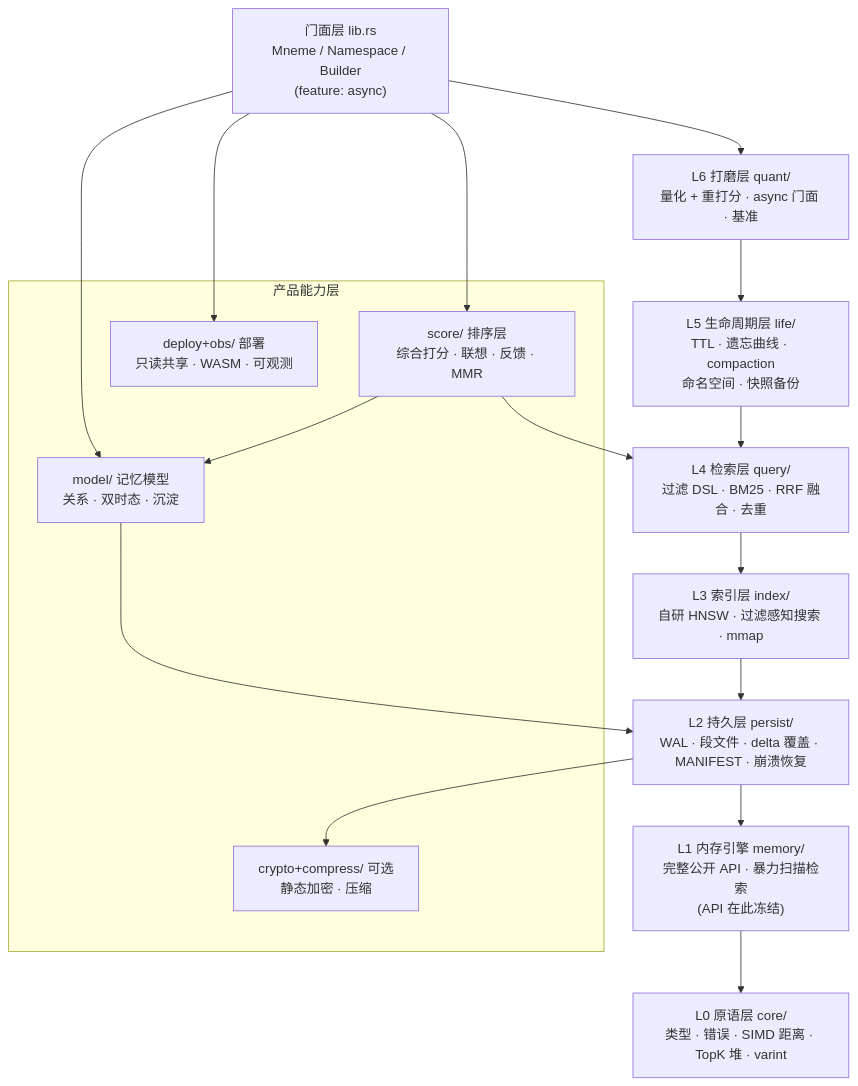
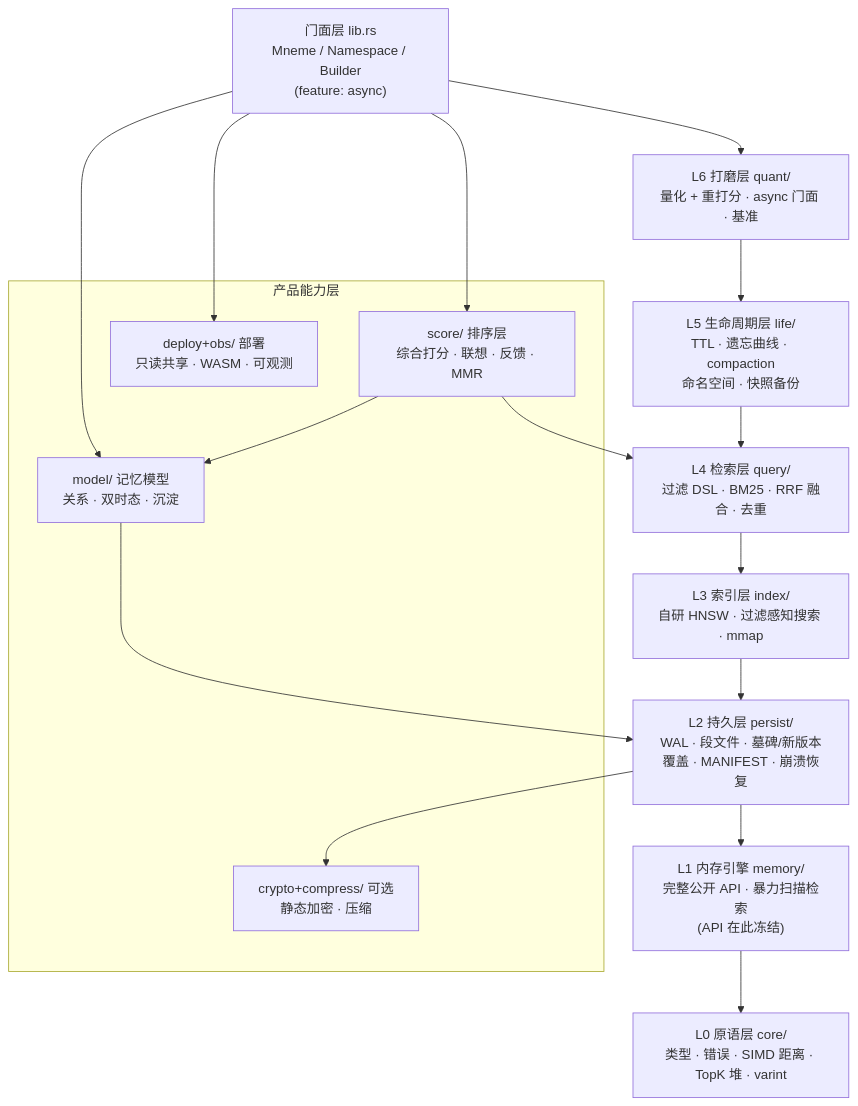
One commit to oxroot-crypto/mneme changed the diagram in docs/DESIGN.md. Above: the diagram before and after it, drawn with Mermaid. The commit also changed 68 other files, not shown here.

Commit message:
feat(persist): 实现 L2 编解码与 WAL 核心

````diff
--- a/docs/DESIGN.md
+++ b/docs/DESIGN.md
@@ -24,27 +24,27 @@
 ```mermaid
 flowchart TD
     F["门面层 lib.rs<br/>Mneme / Namespace / Builder<br/>(feature: async)"]
     Q["L6 打磨层 quant/<br/>量化 + 重打分 · async 门面 · 基准"]
     L["L5 生命周期层 life/<br/>TTL · 遗忘曲线 · compaction<br/>命名空间 · 快照备份"]
     QL["L4 检索层 query/<br/>过滤 DSL · BM25 · RRF 融合 · 去重"]
     H["L3 索引层 index/<br/>自研 HNSW · 过滤感知搜索 · mmap"]
-    P["L2 持久层 persist/<br/>WAL · 段文件 · delta 覆盖 · MANIFEST · 崩溃恢复"]
+    P["L2 持久层 persist/<br/>WAL · 段文件 · 墓碑/新版本覆盖 · MANIFEST · 崩溃恢复"]
     M["L1 内存引擎 memory/<br/>完整公开 API · 暴力扫描检索<br/>(API 在此冻结)"]
     C["L0 原语层 core/<br/>类型 · 错误 · SIMD 距离 · TopK 堆 · varint"]
 
     subgraph 产品能力层
         MD["model/ 记忆模型<br/>关系 · 双时态 · 沉淀"]
         SC["score/ 排序层<br/>综合打分 · 联想 · 反馈 · MMR"]
         SEC["crypto+compress/ 可选<br/>静态加密 · 压缩"]
         DEP["deploy+obs/ 部署<br/>只读共享 · WASM · 可观测"]
     end
 
     F --> Q --> L --> QL --> H --> P --> M --> C
     F --> MD
     F --> SC
     MD --> P
     SC --> QL
     SC --> MD
     P --> SEC
     F --> DEP
 ```
````
